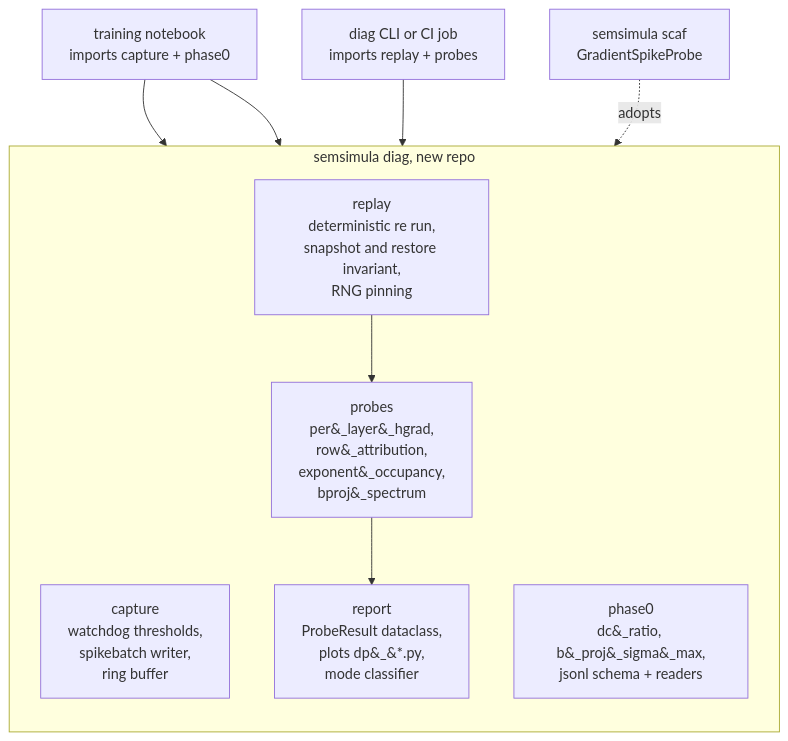
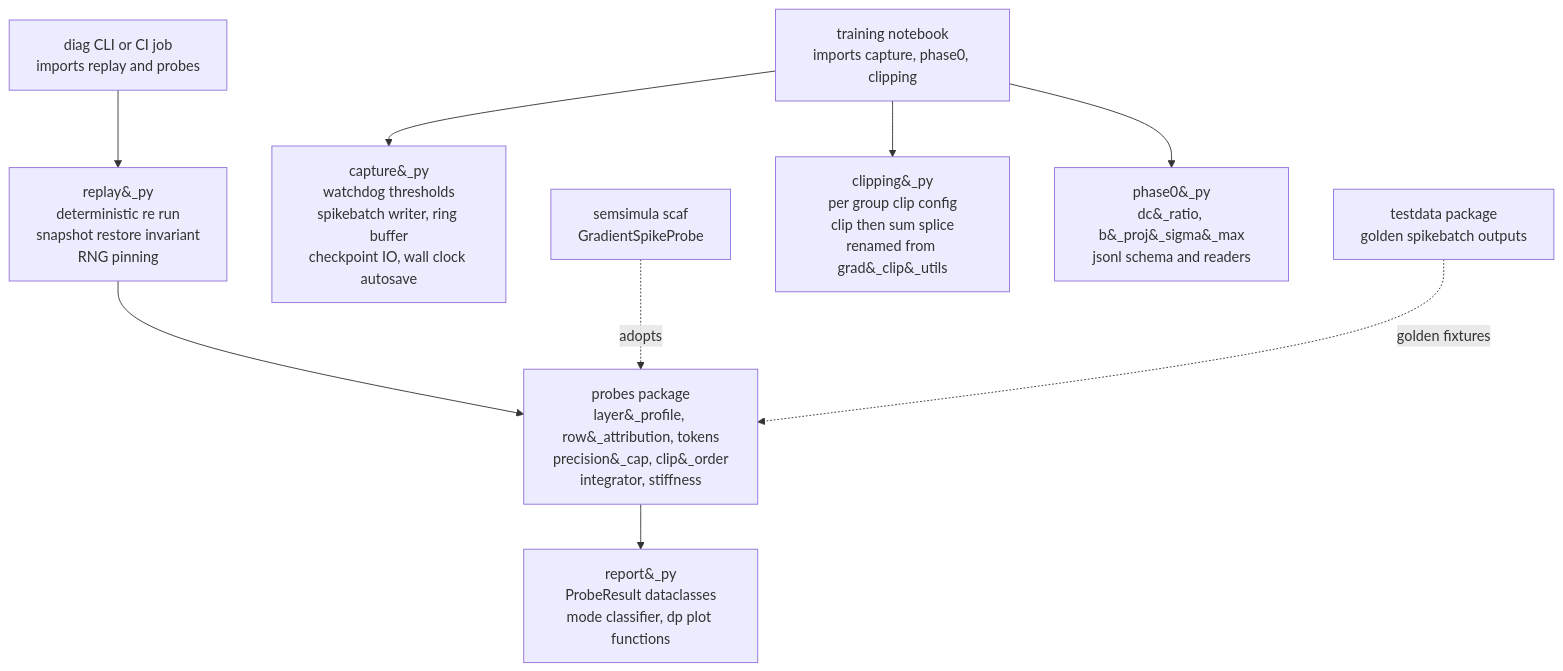
One commit to dimitarpg13/semsimula-paper changed the fourth of 4 diagrams in companion_notes/Diagnostic_Programme_in_CfC_BAOAB_Integrator.md. Above: the diagram before and after it, drawn with Mermaid. The commit also changed other lines of this file and 1 other file, not shown here.

Commit message:
update diagnostic programme with current spike diagnostic output

````diff
--- a/companion_notes/Diagnostic_Programme_in_CfC_BAOAB_Integrator.md
+++ b/companion_notes/Diagnostic_Programme_in_CfC_BAOAB_Integrator.md
@@ -539,17 +580,22 @@
 ```mermaid
 flowchart TB
-    subgraph repo [semsimula diag, new repo]
-        direction TB
-        CAP["capture<br>watchdog thresholds,<br>spikebatch writer,<br>ring buffer"]
-        REP["replay<br>deterministic re run,<br>snapshot and restore invariant,<br>RNG pinning"]
-        PROBE["probes<br>per&#95;layer&#95;hgrad,<br>row&#95;attribution,<br>exponent&#95;occupancy,<br>bproj&#95;spectrum"]
-        LOG["phase0<br>dc&#95;ratio, b&#95;proj&#95;sigma&#95;max,<br>jsonl schema + readers"]
-        REPORT["report<br>ProbeResult dataclass,<br>plots dp&#95;&#42;.py,<br>mode classifier"]
-    end
-    NB["training notebook<br>imports capture + phase0"] --> CAP
+    NB["training notebook<br>imports capture, phase0, clipping"]
+    CLI["diag CLI or CI job<br>imports replay and probes"]
+    SCAF["semsimula scaf<br>GradientSpikeProbe"]
+    CAP["capture&#95;py<br>watchdog thresholds<br>spikebatch writer, ring buffer<br>checkpoint IO, wall clock autosave"]
+    REP["replay&#95;py<br>deterministic re run<br>snapshot restore invariant<br>RNG pinning"]
+    CLIPM["clipping&#95;py<br>per group clip config<br>clip then sum splice<br>renamed from grad&#95;clip&#95;utils"]
+    PROBE["probes package<br>layer&#95;profile, row&#95;attribution, tokens<br>precision&#95;cap, clip&#95;order<br>integrator, stiffness"]
+    LOG["phase0&#95;py<br>dc&#95;ratio, b&#95;proj&#95;sigma&#95;max<br>jsonl schema and readers"]
+    REPORT["report&#95;py<br>ProbeResult dataclasses<br>mode classifier, dp plot functions"]
+    TESTDATA["testdata package<br>golden spikebatch outputs"]
+
+    NB --> CAP
     NB --> LOG
-    CLI["diag CLI or CI job<br>imports replay + probes"] --> REP
+    NB --> CLIPM
+    CLI --> REP
     REP --> PROBE
     PROBE --> REPORT
-    SCAF["semsimula scaf<br>GradientSpikeProbe"] -. adopts .-> PROBE
+    SCAF -.->|adopts| PROBE
+    TESTDATA -.->|golden fixtures| PROBE
 ```
````
